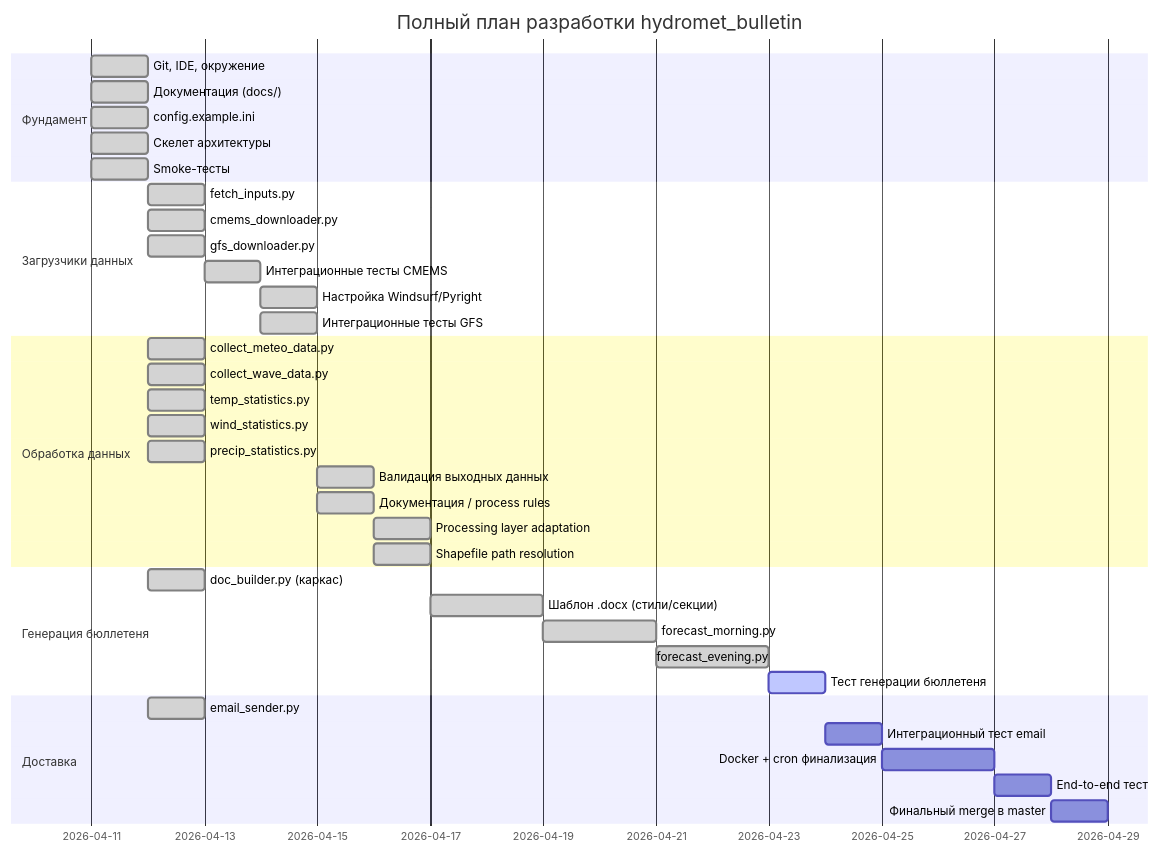
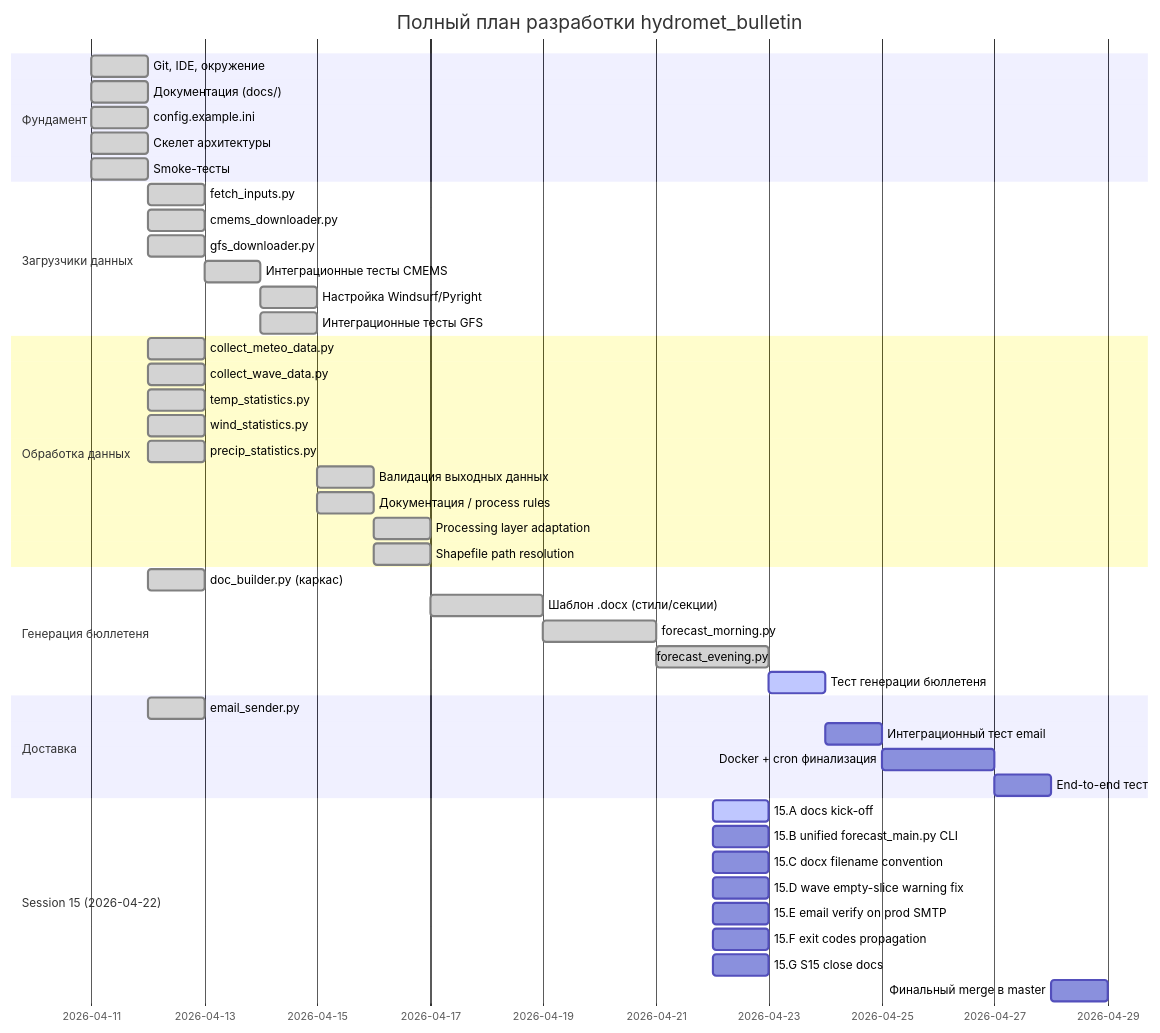
One commit to zubkovfpk/hydromet_bulletin changed the first of 2 diagrams in docs/project_progress.md. Above: the diagram before and after it, drawn with Mermaid. The commit also changed other lines of this file and 2 other files, not shown here.

First line of the commit message:
docs(session-15): open S15 plan, DoD U+V, parking lot carried

````diff
--- a/docs/project_progress.md
+++ b/docs/project_progress.md
@@ -5,40 +5,48 @@
 ```mermaid
 gantt
     title Полный план разработки hydromet_bulletin
     dateFormat YYYY-MM-DD
     section Фундамент
     Git, IDE, окружение          :done, 2026-04-11, 1d
     Документация (docs/)         :done, 2026-04-11, 1d
     config.example.ini           :done, 2026-04-11, 1d
     Скелет архитектуры           :done, 2026-04-11, 1d
     Smoke-тесты                  :done, 2026-04-11, 1d
     section Загрузчики данных
     fetch_inputs.py              :done, 2026-04-12, 1d
     cmems_downloader.py          :done, 2026-04-12, 1d
     gfs_downloader.py            :done, 2026-04-12, 1d
     Интеграционные тесты CMEMS   :done, 2026-04-13, 1d
     Настройка Windsurf/Pyright   :done, 2026-04-14, 1d
     Интеграционные тесты GFS     :done, 2026-04-14, 1d
     section Обработка данных
     collect_meteo_data.py        :done, 2026-04-12, 1d
     collect_wave_data.py         :done, 2026-04-12, 1d
     temp_statistics.py           :done, 2026-04-12, 1d
     wind_statistics.py           :done, 2026-04-12, 1d
     precip_statistics.py         :done, 2026-04-12, 1d
     Валидация выходных данных    :done, 2026-04-15, 1d
     Документация / process rules :done, 2026-04-15, 1d
     Processing layer adaptation  :done, 2026-04-16, 1d
     Shapefile path resolution    :done, 2026-04-16, 1d
     section Генерация бюллетеня
     doc_builder.py (каркас)      :done, 2026-04-12, 1d
     Шаблон .docx (стили/секции) :done, 2026-04-17, 2d
     forecast_morning.py          :done, 2026-04-19, 2d
     forecast_evening.py          :done, 2026-04-21, 2d
     Тест генерации бюллетеня     :active, 2026-04-23, 1d
     section Доставка
     email_sender.py              :done, 2026-04-12, 1d
     Интеграционный тест email    :2026-04-24, 1d
     Docker + cron финализация    :2026-04-25, 2d
     End-to-end тест              :2026-04-27, 1d
+    section Session 15 (2026-04-22)
+    15.A docs kick-off                 :active, 2026-04-22, 1d
+    15.B unified forecast_main.py CLI  :2026-04-22, 1d
+    15.C docx filename convention      :2026-04-22, 1d
+    15.D wave empty-slice warning fix  :2026-04-22, 1d
+    15.E email verify on prod SMTP     :2026-04-22, 1d
+    15.F exit codes propagation        :2026-04-22, 1d
+    15.G S15 close docs                :2026-04-22, 1d
     Финальный merge в master     :2026-04-28, 1d
 ```
````
